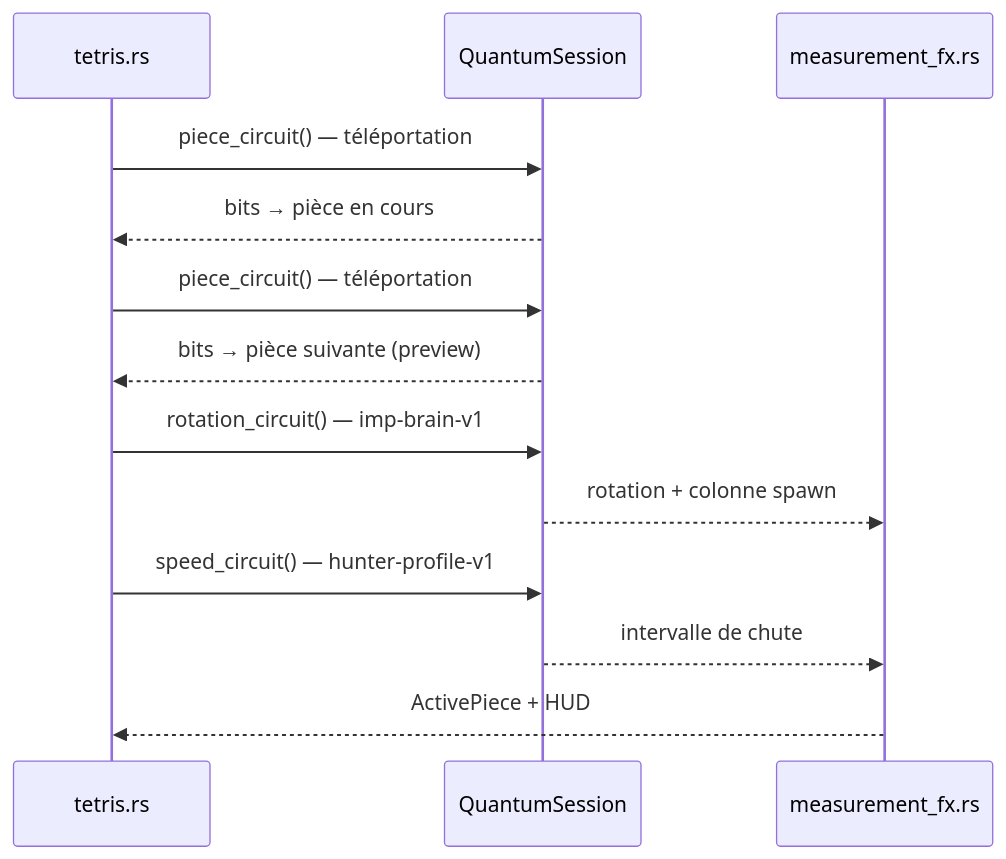
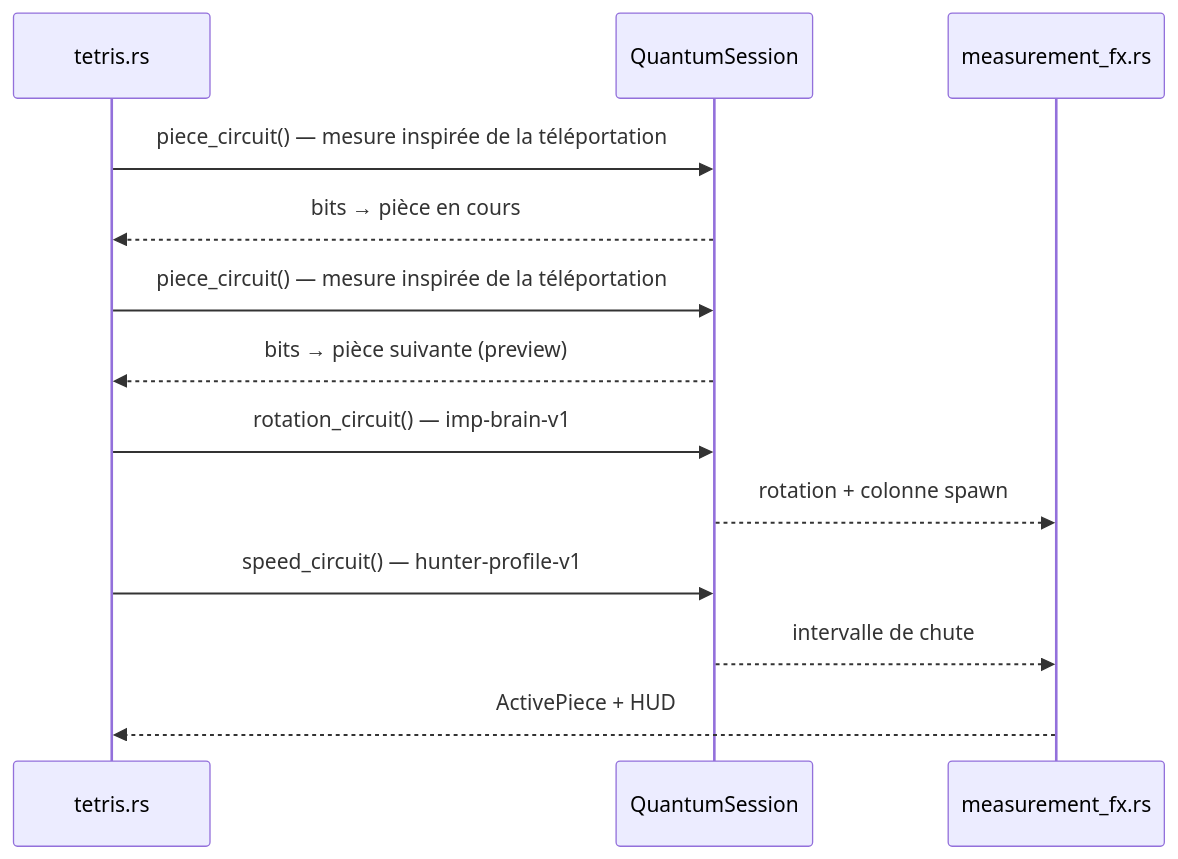
Before and after one commit to thepriben/quantum-tetris: the second of 2 diagrams in README.fr.md, drawn with Mermaid. The commit also changed other lines of this file and 23 other files, not shown here.

````diff
--- a/README.fr.md
+++ b/README.fr.md
@@ -142,16 +142,16 @@
 ```mermaid
 sequenceDiagram
   participant T as tetris.rs
   participant Q as QuantumSession
   participant M as measurement_fx.rs
 
-  T->>Q: piece_circuit() — téléportation #1
+  T->>Q: piece_circuit() — mesure inspirée de la téléportation #1
   Q-->>T: bits → pièce en cours
-  T->>Q: piece_circuit() — téléportation #2
+  T->>Q: piece_circuit() — mesure inspirée de la téléportation #2
   Q-->>T: bits → pièce suivante (preview)
   T->>Q: rotation_circuit() — imp-brain-v1
   Q-->>M: rotation + colonne spawn
   T->>Q: speed_circuit() — hunter-profile-v1
   Q-->>M: intervalle de chute
   M-->>T: ActivePiece + HUD
 ```
````
